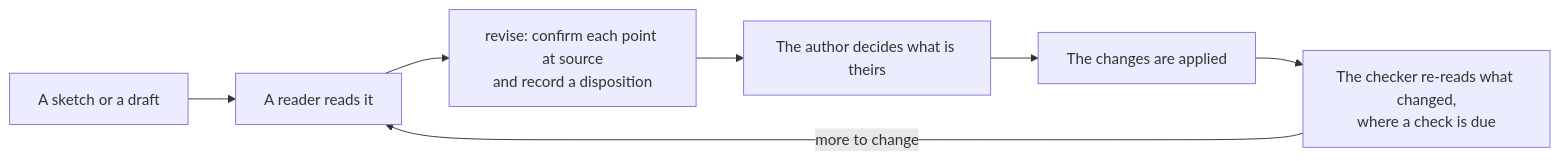
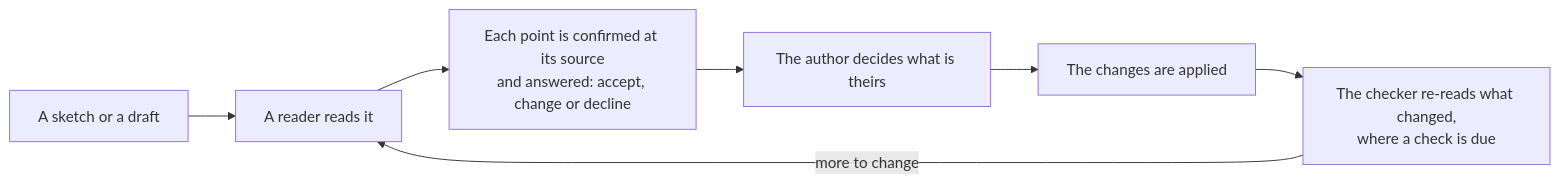
One commit to darrencroton/ai-agent-science changed the diagram in README.md. Above: the diagram before and after it, drawn with Mermaid. The commit also changed other lines of this file and 11 other files, not shown here.

````diff
--- a/README.md
+++ b/README.md
@@ -49,9 +71,9 @@
 ```mermaid
 flowchart LR
     D[A sketch or a draft] --> R[A reader reads it]
-    R --> V[revise: confirm each point at source<br/>and record a disposition]
+    R --> V[Each point is confirmed at its source<br/>and answered: accept, change or decline]
     V --> A[The author decides what is theirs]
     A --> P[The changes are applied]
     P --> C[The checker re-reads what changed,<br/>where a check is due]
     C -->|more to change| R
 ```
````
